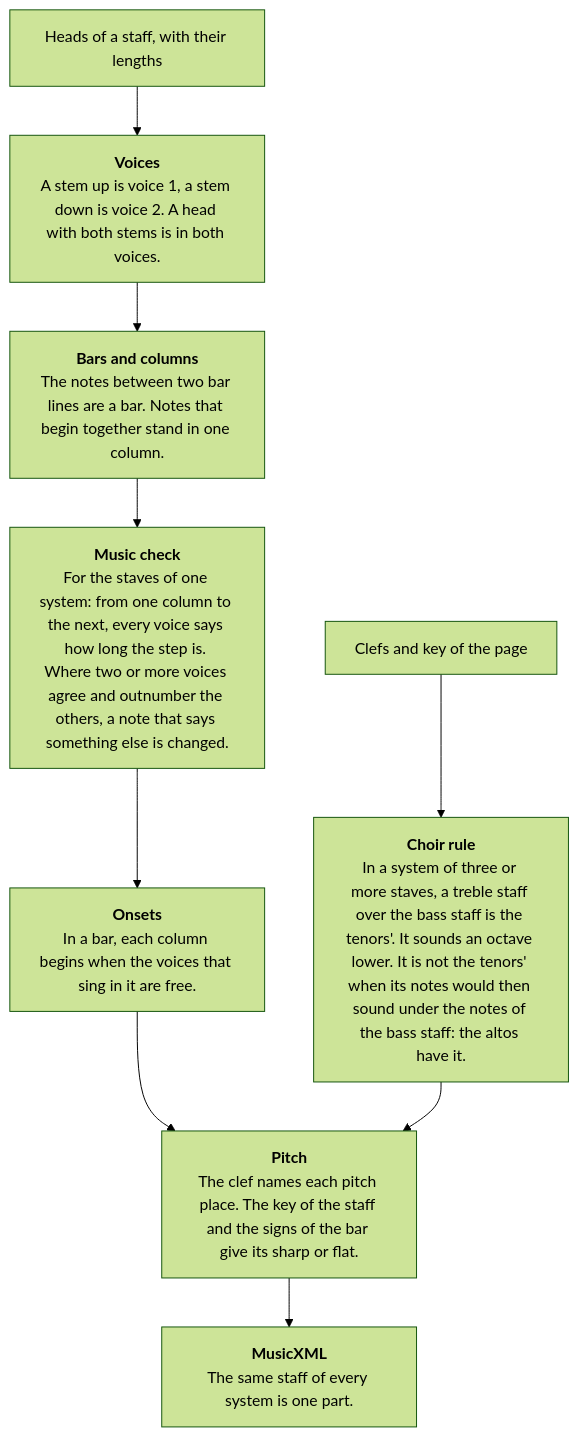
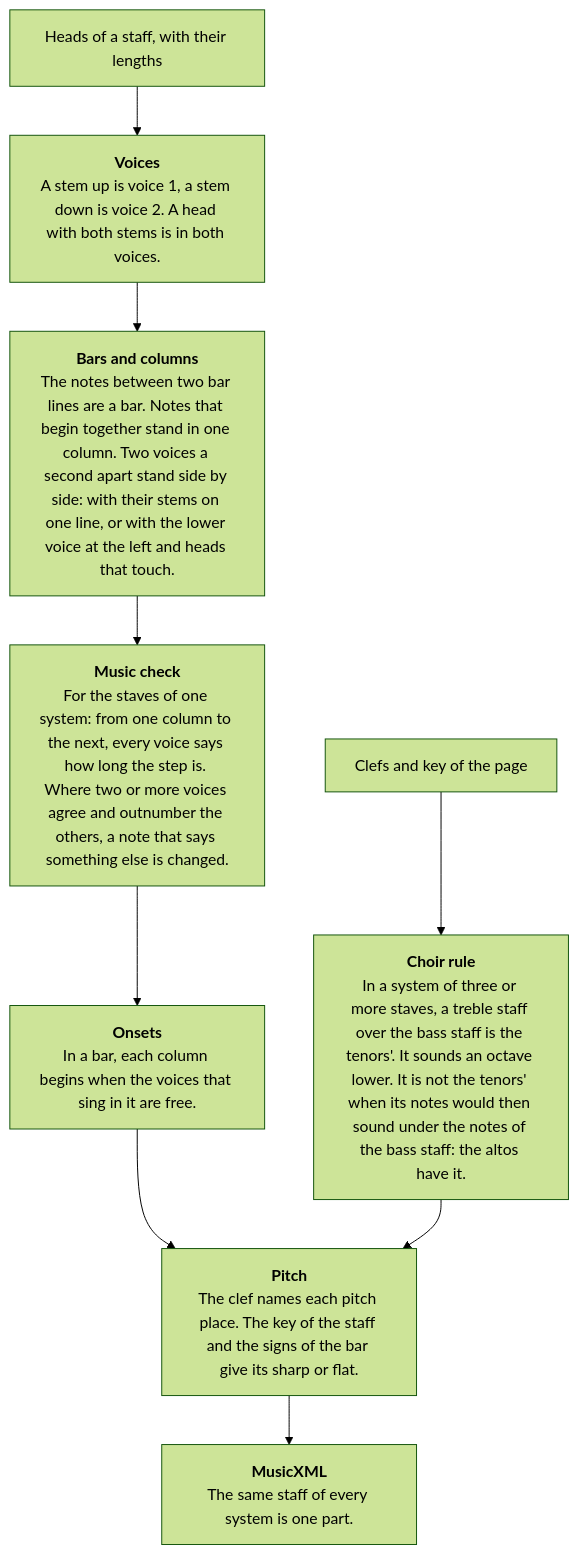
The ninth of 11 diagrams in README.md (sweet-cicero/ScoreReader), drawn with Mermaid (forest theme) before and after one commit. The commit also changed other lines of this file and 6 other files, not shown here.

````diff
--- a/README.md
+++ b/README.md
@@ -252,11 +252,11 @@
 ```mermaid
 flowchart TD
     heads["Heads of a staff, with their lengths"] --> voices["<b>Voices</b><br/>A stem up is voice 1, a stem down is voice 2. A head with both stems is in both voices."]
-    voices --> columns["<b>Bars and columns</b><br/>The notes between two bar lines are a bar. Notes that begin together stand in one column."]
+    voices --> columns["<b>Bars and columns</b><br/>The notes between two bar lines are a bar. Notes that begin together stand in one column. Two voices a second apart stand side by side: with their stems on one line, or with the lower voice at the left and heads that touch."]
     columns --> check["<b>Music check</b><br/>For the staves of one system: from one column to the next, every voice says how long the step is. Where two or more voices agree and outnumber the others, a note that says something else is changed."]
     check --> onsets["<b>Onsets</b><br/>In a bar, each column begins when the voices that sing in it are free."]
     onsets --> pitch["<b>Pitch</b><br/>The clef names each pitch place. The key of the staff and the signs of the bar give its sharp or flat."]
     clefs["Clefs and key of the page"] --> tenor["<b>Choir rule</b><br/>In a system of three or more staves, a treble staff over the bass staff is the tenors'. It sounds an octave lower. It is not the tenors' when its notes would then sound under the notes of the bass staff: the altos have it."]
     tenor --> pitch
     pitch --> xml["<b>MusicXML</b><br/>The same staff of every system is one part."]
 ```
````
